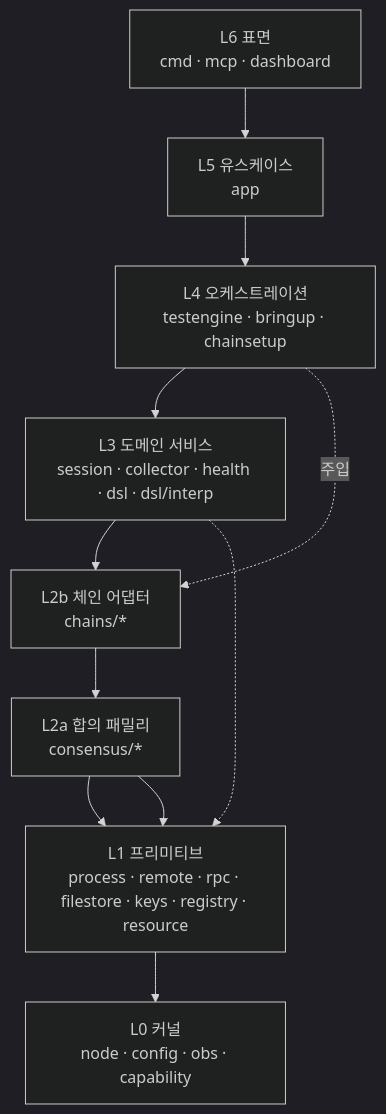
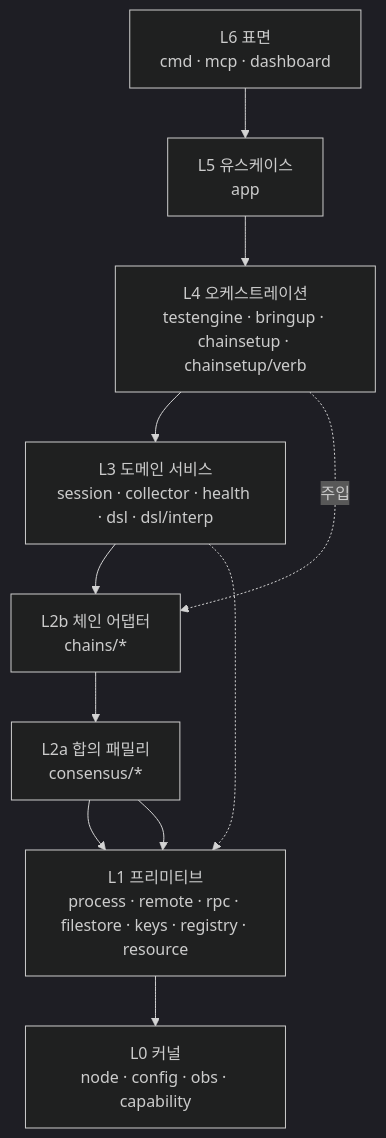
Before and after one commit to 0xmhha/chainbench: the diagram in docs/dev/architecture/layers.md, drawn with Mermaid (dark theme). The commit also changed other lines of this file and 16757 other files, not shown here.

````diff
--- a/docs/dev/architecture/layers.md
+++ b/docs/dev/architecture/layers.md
@@ -62,16 +62,16 @@
 ```mermaid
 flowchart TD
     L6["L6 표면<br/>cmd · mcp · dashboard"]
     L5["L5 유스케이스<br/>app"]
-    L4["L4 오케스트레이션<br/>testengine · bringup · chainsetup"]
+    L4["L4 오케스트레이션<br/>testengine · bringup · chainsetup · chainsetup/verb"]
     L3["L3 도메인 서비스<br/>session · collector · health · dsl · dsl/interp"]
     L2b["L2b 체인 어댑터<br/>chains/*"]
     L2a["L2a 합의 패밀리<br/>consensus/*"]
     L1["L1 프리미티브<br/>process · remote · rpc · filestore · keys · registry · resource"]
     L0["L0 커널<br/>node · config · obs · capability"]
 
     L6 --> L5 --> L4 --> L3 --> L2b --> L2a --> L1 --> L0
     L4 -.주입.-> L2b
     L3 -.-> L1
     L2a --> L1
 ```
````
